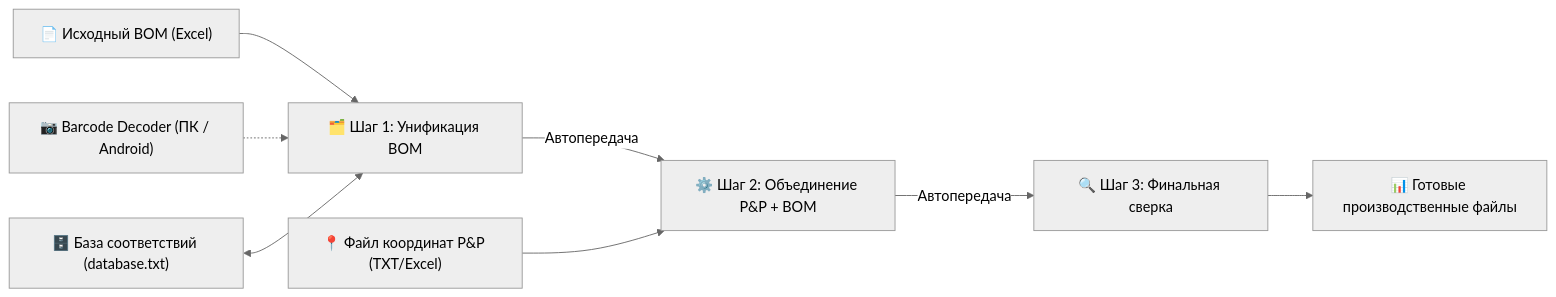
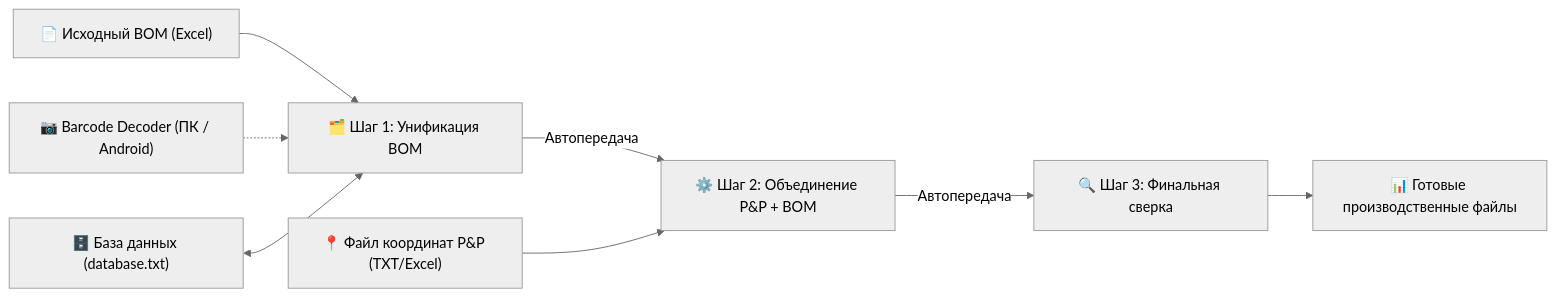
The diagram in BarcodeDecoder/README.md (kean5782-coder/PnP_manager), drawn with Mermaid (neutral theme) before and after one commit. The commit also changed other lines of this file and 7 other files, not shown here.

````diff
--- a/BarcodeDecoder/README.md
+++ b/BarcodeDecoder/README.md
@@ -20,11 +20,11 @@
 ```mermaid
 graph LR
     A["📄 Исходный BOM (Excel)"] --> B["🗂️ Шаг 1: Унификация BOM"]
     B -->|"Автопередача"| C["⚙️ Шаг 2: Объединение P&P + BOM"]
     D["📍 Файл координат P&P (TXT/Excel)"] --> C
     C -->|"Автопередача"| E["🔍 Шаг 3: Финальная сверка"]
     E --> F["📊 Готовые производственные файлы"]
     
     G["📷 Barcode Decoder (ПК / Android)"] -.-> B
-    H["🗄️ База соответствий (database.txt)"] <--> B
+    H["🗄️ База данных (database.txt)"] <--> B
 ```
````
